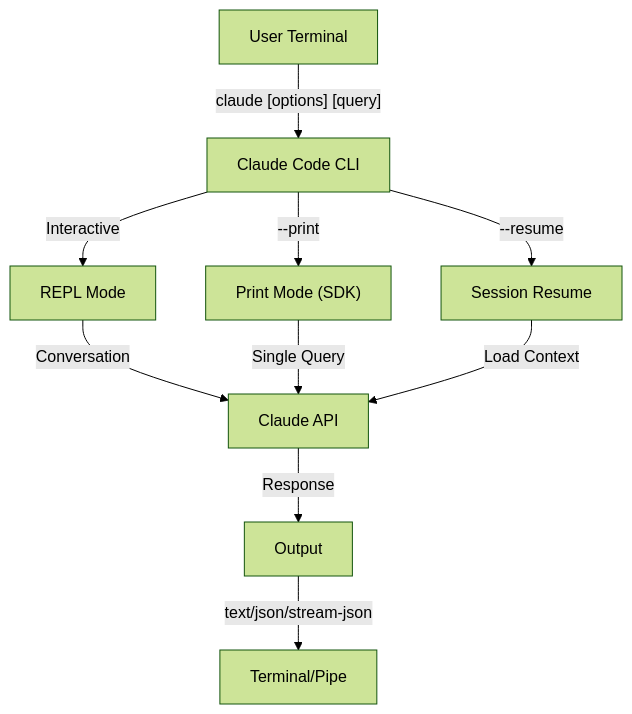
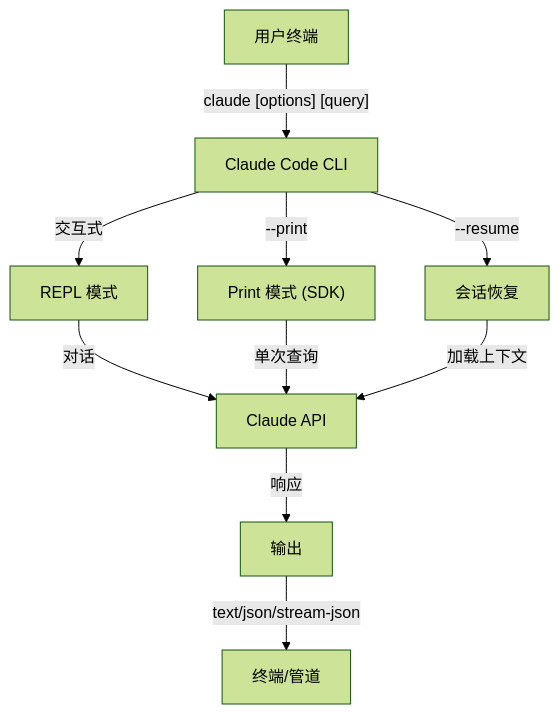
Before and after one commit to hellojoju/claude-code-lesson: the first of 2 diagrams in 10-cli/README.md, drawn with Mermaid (forest theme). The commit also changed other lines of this file and 9 other files, not shown here.

````diff
--- a/10-cli/README.md
+++ b/10-cli/README.md
@@ -24,12 +24,12 @@
 ```mermaid
 graph TD
-    A["User Terminal"] -->|"claude [options] [query]"| B["Claude Code CLI"]
-    B -->|Interactive| C["REPL Mode"]
-    B -->|"--print"| D["Print Mode (SDK)"]
-    B -->|"--resume"| E["Session Resume"]
-    C -->|Conversation| F["Claude API"]
-    D -->|Single Query| F
-    E -->|Load Context| F
-    F -->|Response| G["Output"]
-    G -->|text/json/stream-json| H["Terminal/Pipe"]
+    A["用户终端"] -->|"claude [options] [query]"| B["Claude Code CLI"]
+    B -->|交互式| C["REPL 模式"]
+    B -->|"--print"| D["Print 模式 (SDK)"]
+    B -->|"--resume"| E["会话恢复"]
+    C -->|对话| F["Claude API"]
+    D -->|单次查询| F
+    E -->|加载上下文| F
+    F -->|响应| G["输出"]
+    G -->|text/json/stream-json| H["终端/管道"]
 ```
````
